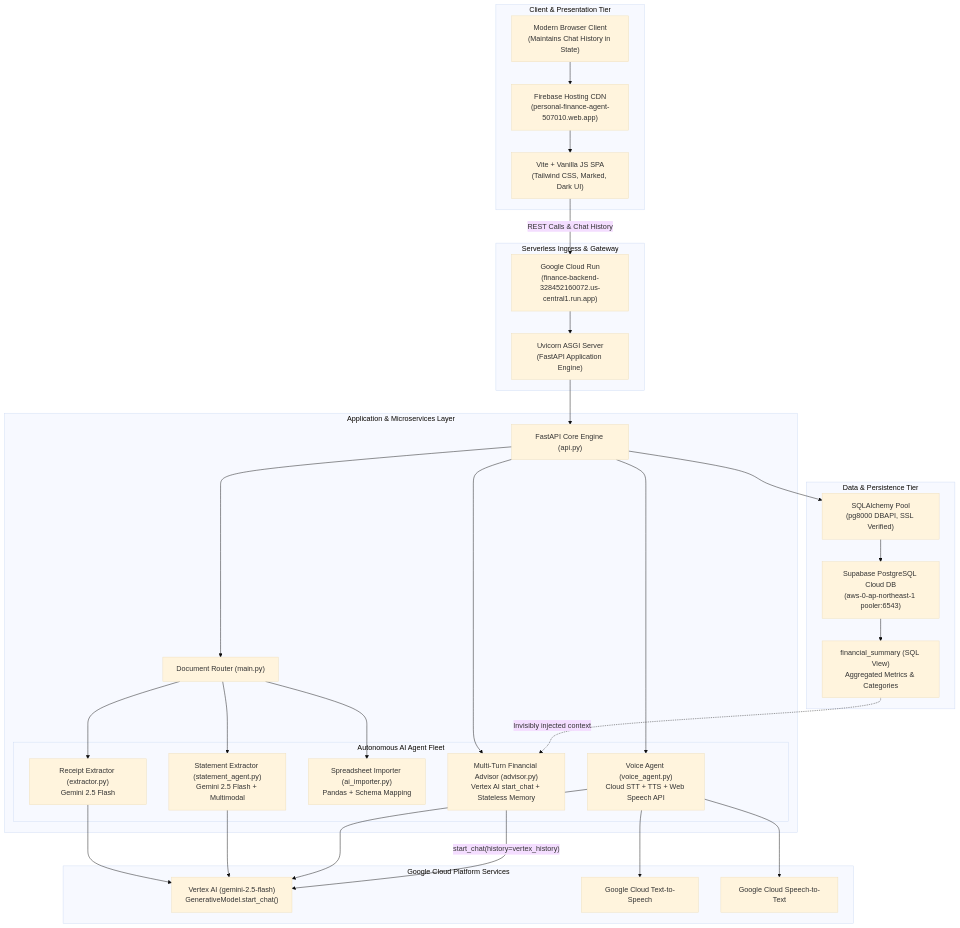
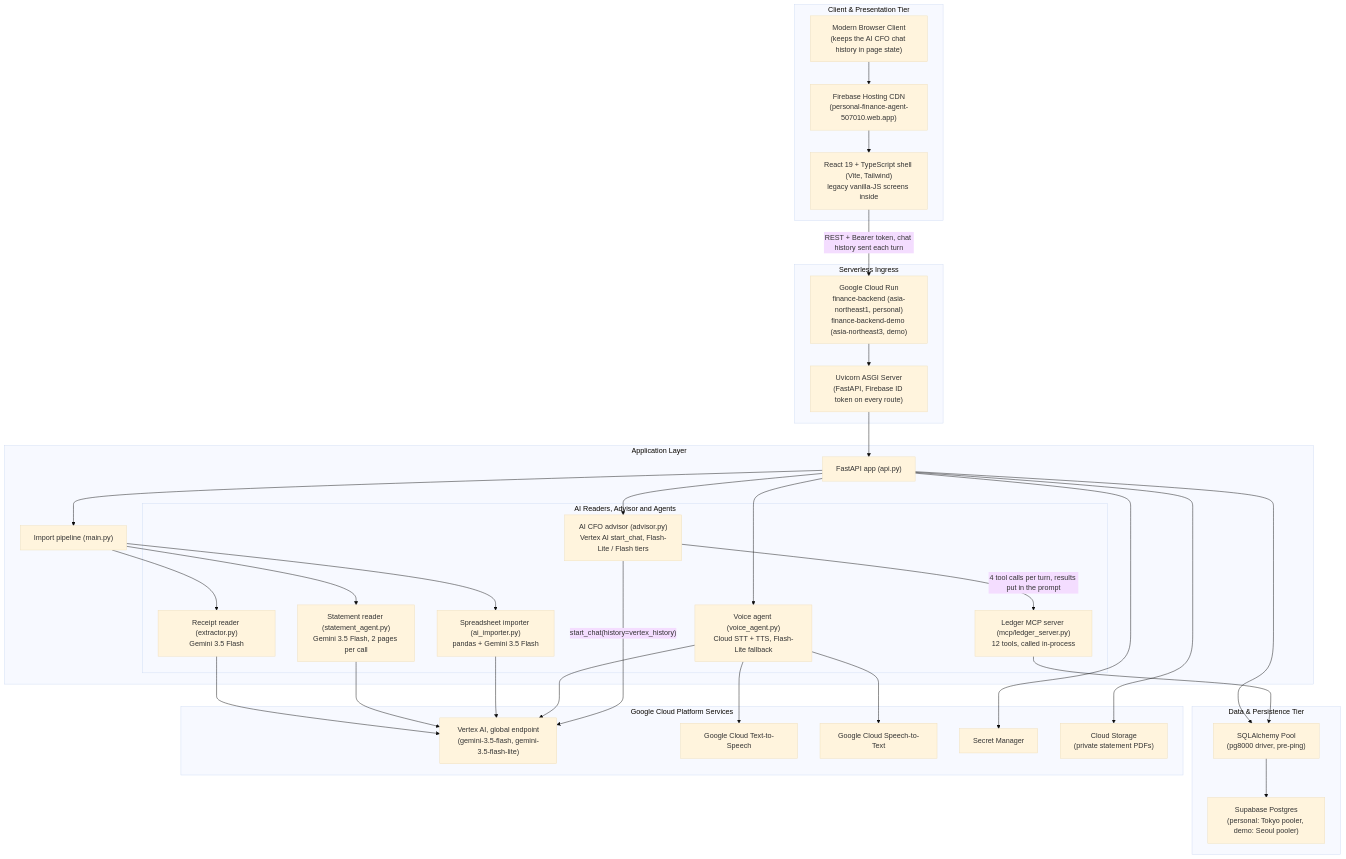
Before and after one commit to Rohit792A/personal-finance-agent: the first of 3 diagrams in docs/APPLICATION_ARCHITECTURE.md, drawn with Mermaid (base theme). The commit also changed other lines of this file and 15 other files, not shown here.

Commit message:
docs: align public architecture docs, README and docstrings with verified code and DEC-065

````diff
--- a/docs/APPLICATION_ARCHITECTURE.md
+++ b/docs/APPLICATION_ARCHITECTURE.md
@@ -35,63 +37,68 @@
 ```mermaid
 flowchart TB
     subgraph Client_Tier [Client & Presentation Tier]
         FirebaseHosting["Firebase Hosting CDN<br/>(personal-finance-agent-507010.web.app)"]
-        SPA["Vite + Vanilla JS SPA<br/>(Tailwind CSS, Marked, Dark UI)"]
-        Browser["Modern Browser Client<br/>(Maintains Chat History in State)"]
+        SPA["React 19 + TypeScript shell (Vite, Tailwind)<br/>legacy vanilla-JS screens inside"]
+        Browser["Modern Browser Client<br/>(keeps the AI CFO chat history in page state)"]
     end
 
-    subgraph Ingress_Tier [Serverless Ingress & Gateway]
-        CloudRun["Google Cloud Run<br/>(finance-backend-328452160072.us-central1.run.app)"]
-        Uvicorn["Uvicorn ASGI Server<br/>(FastAPI Application Engine)"]
+    subgraph Ingress_Tier [Serverless Ingress]
+        CloudRun["Google Cloud Run<br/>finance-backend (asia-northeast1, personal)<br/>finance-backend-demo (asia-northeast3, demo)"]
+        Uvicorn["Uvicorn ASGI Server<br/>(FastAPI, Firebase ID token on every route)"]
     end
 
-    subgraph Application_Tier [Application & Microservices Layer]
-        API["FastAPI Core Engine (api.py)"]
-        Router["Document Router (main.py)"]
-        
-        subgraph Agents [Autonomous AI Agent Fleet]
-            ReceiptAgent["Receipt Extractor (extractor.py)<br/>Gemini 2.5 Flash"]
-            StmtAgent["Statement Extractor (statement_agent.py)<br/>Gemini 2.5 Flash + Multimodal"]
-            SpreadsheetAgent["Spreadsheet Importer (ai_importer.py)<br/>Pandas + Schema Mapping"]
-            VoiceClarifier["Voice Agent (voice_agent.py)<br/>Cloud STT + TTS + Web Speech API"]
-            CFOAdvisor["Multi-Turn Financial Advisor (advisor.py)<br/>Vertex AI start_chat + Stateless Memory"]
+    subgraph Application_Tier [Application Layer]
+        API["FastAPI app (api.py)"]
+        Router["Import pipeline (main.py)"]
+
+        subgraph Agents [AI Readers, Advisor and Agents]
+            ReceiptAgent["Receipt reader (extractor.py)<br/>Gemini 3.5 Flash"]
+            StmtAgent["Statement reader (statement_agent.py)<br/>Gemini 3.5 Flash, 2 pages per call"]
+            SpreadsheetAgent["Spreadsheet importer (ai_importer.py)<br/>pandas + Gemini 3.5 Flash"]
+            VoiceClarifier["Voice agent (voice_agent.py)<br/>Cloud STT + TTS, Flash-Lite fallback"]
+            CFOAdvisor["AI CFO advisor (advisor.py)<br/>Vertex AI start_chat, Flash-Lite / Flash tiers"]
+            MCP["Ledger MCP server (mcp/ledger_server.py)<br/>12 tools, called in-process"]
         end
     end
 
     subgraph Data_Tier [Data & Persistence Tier]
-        Supabase["Supabase PostgreSQL Cloud DB<br/>(aws-0-ap-northeast-1 pooler:6543)"]
-        ConnPool["SQLAlchemy Pool<br/>(pg8000 DBAPI, SSL Verified)"]
-        SummaryView["financial_summary (SQL View)<br/>Aggregated Metrics & Categories"]
+        Supabase["Supabase Postgres<br/>(personal: Tokyo pooler, demo: Seoul pooler)"]
+        ConnPool["SQLAlchemy Pool<br/>(pg8000 driver, pre-ping)"]
     end
 
     subgraph Google_Cloud [Google Cloud Platform Services]
-        VertexAI["Vertex AI (gemini-2.5-flash)<br/>GenerativeModel.start_chat()"]
+        VertexAI["Vertex AI, global endpoint<br/>(gemini-3.5-flash, gemini-3.5-flash-lite)"]
         CloudTTS["Google Cloud Text-to-Speech"]
         CloudSTT["Google Cloud Speech-to-Text"]
+        SecretMgr["Secret Manager"]
+        GCS["Cloud Storage<br/>(private statement PDFs)"]
     end
 
     Browser --> FirebaseHosting
     FirebaseHosting --> SPA
-    SPA -- "REST Calls & Chat History" --> CloudRun
+    SPA -- "REST + Bearer token, chat history sent each turn" --> CloudRun
     CloudRun --> Uvicorn
     Uvicorn --> API
 
     API --> Router
     Router --> ReceiptAgent
     Router --> StmtAgent
     Router --> SpreadsheetAgent
     API --> VoiceClarifier
     API --> CFOAdvisor
 
     ReceiptAgent --> VertexAI
     StmtAgent --> VertexAI
+    SpreadsheetAgent --> VertexAI
     VoiceClarifier --> CloudTTS
     VoiceClarifier --> CloudSTT
     VoiceClarifier --> VertexAI
     CFOAdvisor -- "start_chat(history=vertex_history)" --> VertexAI
+    CFOAdvisor -- "4 tool calls per turn, results put in the prompt" --> MCP
 
     API --> ConnPool
+    MCP --> ConnPool
     ConnPool --> Supabase
-    Supabase --> SummaryView
-    SummaryView -. "Invisibly injected context" .-> CFOAdvisor
+    API --> SecretMgr
+    API --> GCS
 ```
````
